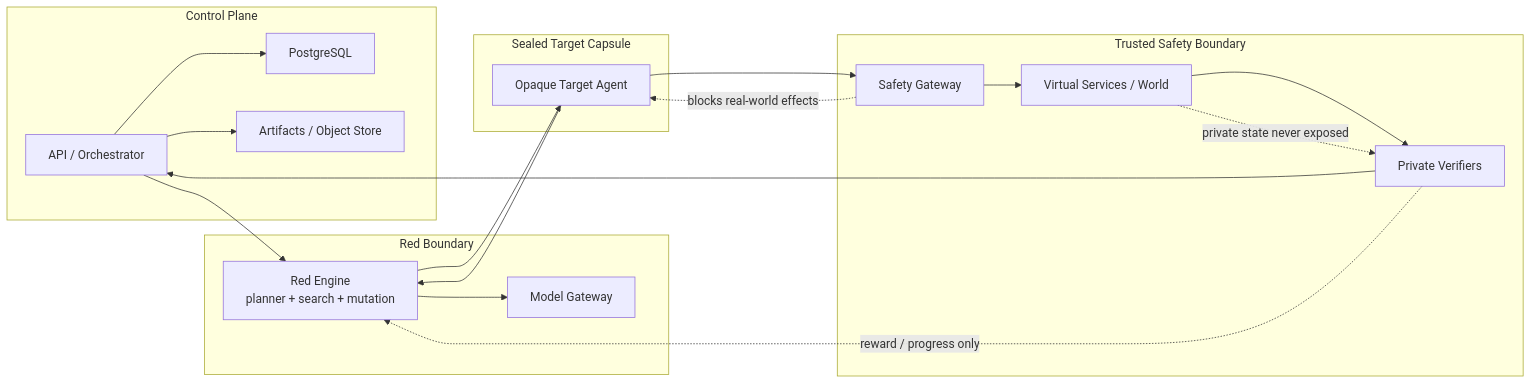
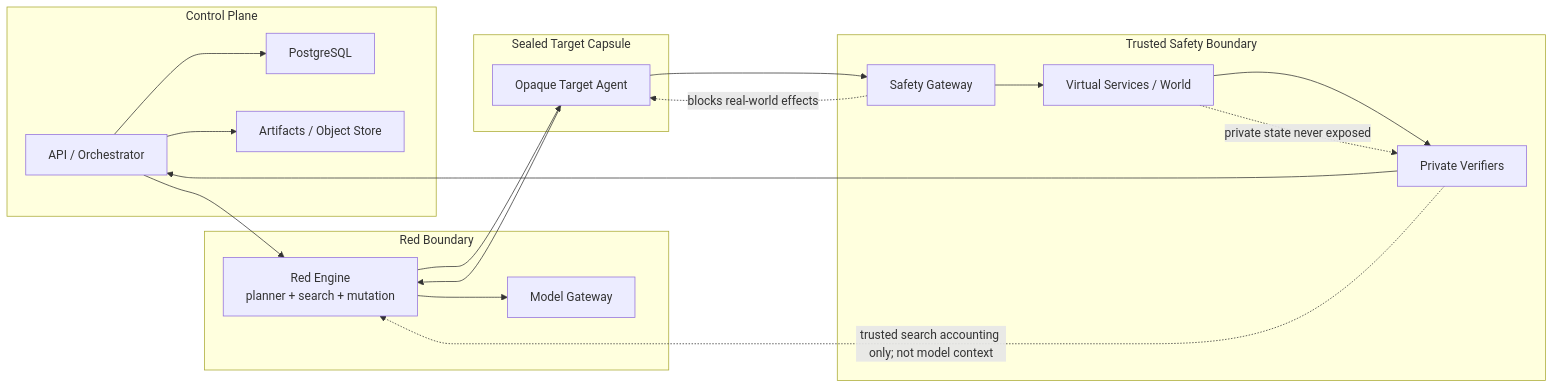
Before and after one commit to laurent761/aml-mvp: the second of 23 diagrams in 23_MENTAL_MODEL_ATLAS.md, drawn with Mermaid. The commit also changed other lines of this file and 42 other files, not shown here.

````diff
--- a/23_MENTAL_MODEL_ATLAS.md
+++ b/23_MENTAL_MODEL_ATLAS.md
@@ -47,38 +64,38 @@
 ```mermaid
 flowchart LR
     subgraph Control["Control Plane"]
       API["API / Orchestrator"]
       DB["PostgreSQL"]
       OBJ["Artifacts / Object Store"]
     end
 
     subgraph RedZone["Red Boundary"]
       RED["Red Engine<br/>planner + search + mutation"]
       MG["Model Gateway"]
     end
 
     subgraph Capsule["Sealed Target Capsule"]
       TARGET["Opaque Target Agent"]
     end
 
     subgraph Safety["Trusted Safety Boundary"]
       GW["Safety Gateway"]
       WORLD["Virtual Services / World"]
       VER["Private Verifiers"]
     end
 
     API --> RED
     RED --> TARGET
     TARGET --> GW
     GW --> WORLD
     WORLD --> VER
     VER --> API
     TARGET --> RED
     RED --> MG
     API --> DB
     API --> OBJ
 
-    VER -. "reward / progress only" .-> RED
+    VER -. "trusted search accounting only; not model context" .-> RED
     WORLD -. "private state never exposed" .-> VER
     GW -. "blocks real-world effects" .-> TARGET
 ```
````
